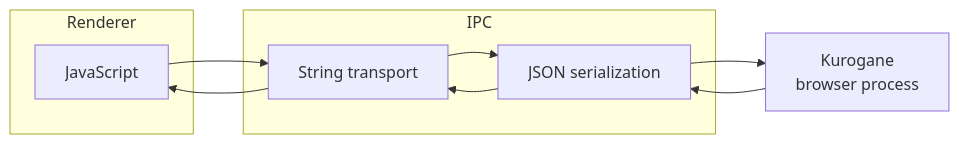
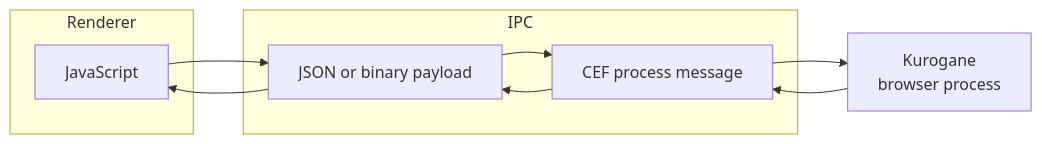
The second of 6 diagrams in ARCHITECTURE.md (0x48piraj/kurogane), drawn with Mermaid before and after one commit. The commit also changed other lines of this file and 13 other files, not shown here.

````diff
--- a/ARCHITECTURE.md
+++ b/ARCHITECTURE.md
@@ -186,21 +196,21 @@
 ```mermaid
 flowchart LR
     subgraph Renderer
         JS[JavaScript]
     end
 
     subgraph IPC
-        STR[String transport]
-        JSON[JSON serialization]
+        JSON[JSON or binary payload]
+        MSG[CEF process message]
     end
 
     K["Kurogane<br/>browser process"]
 
-    JS --> STR
-    STR --> JSON
-    JSON --> K
+    JS --> JSON
+    JSON --> MSG
+    MSG --> K
 
-    K --> JSON
-    JSON --> STR
-    STR --> JS
+    K --> MSG
+    MSG --> JSON
+    JSON --> JS
 ```
````
